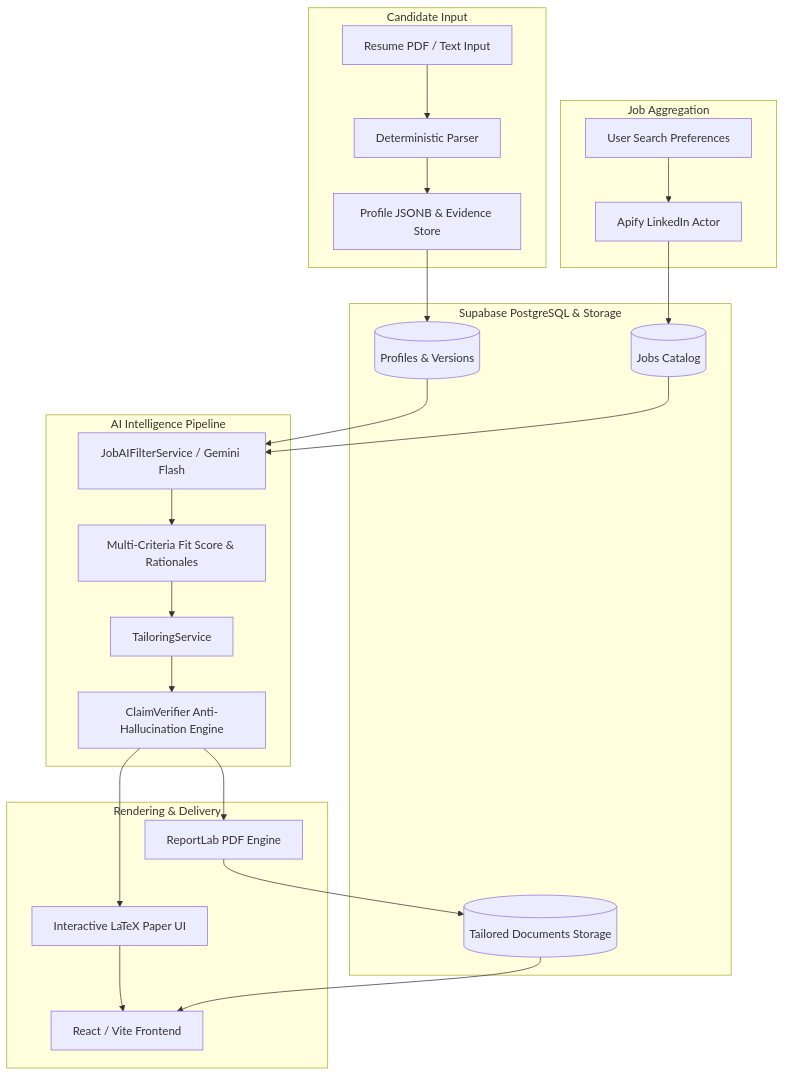
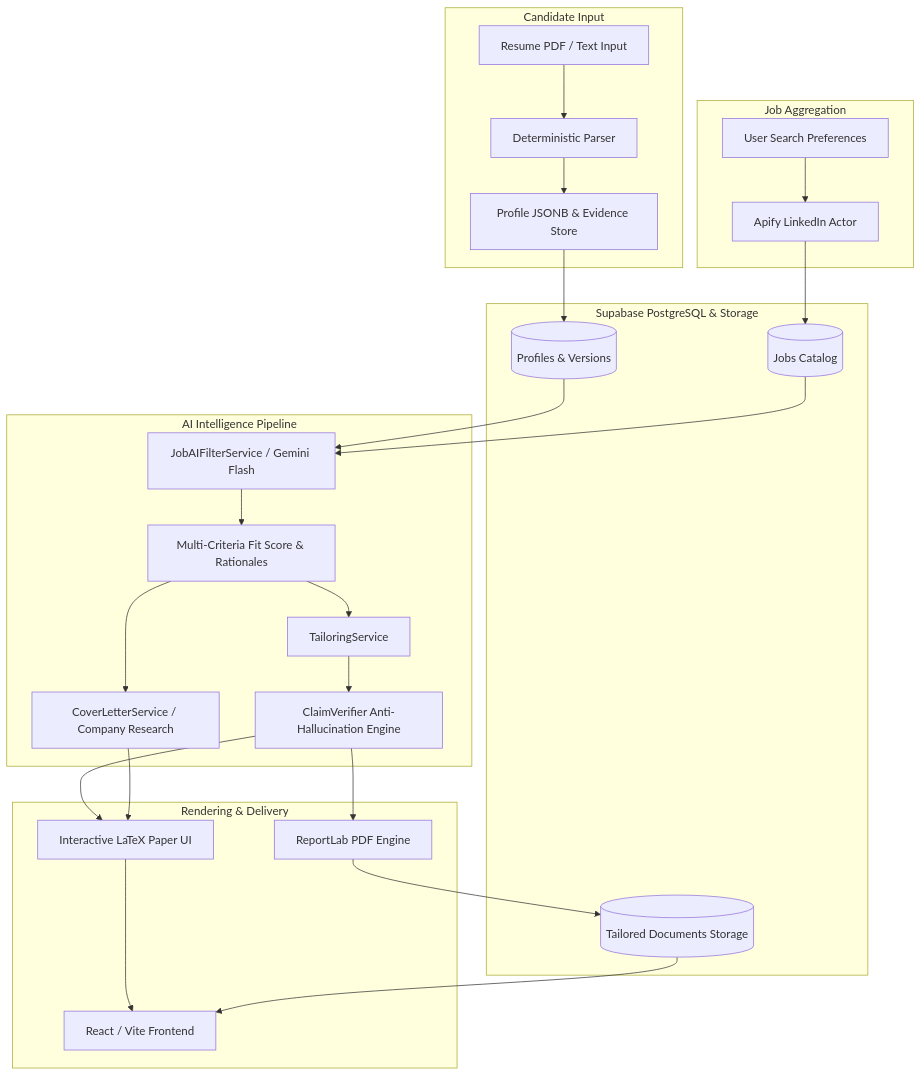
One commit to Mahmoud2592004/JobFit changed the diagram in README.md. Above: the diagram before and after it, drawn with Mermaid. The commit also changed other lines of this file and 14 other files, not shown here.

Commit message:
Cover letter writing

````diff
--- a/README.md
+++ b/README.md
@@ -109,34 +110,36 @@
 ```mermaid
 flowchart TD
     subgraph Candidate Input
         A[Resume PDF / Text Input] --> B[Deterministic Parser]
         B --> C[Profile JSONB & Evidence Store]
     end
 
     subgraph Data & Storage [Supabase PostgreSQL & Storage]
         C --> D[(Profiles & Versions)]
         L[(Jobs Catalog)]
         T[(Tailored Documents Storage)]
     end
 
     subgraph Job Aggregation
         E[User Search Preferences] --> F[Apify LinkedIn Actor]
         F --> L
     end
 
     subgraph AI Intelligence Pipeline
         D --> G[JobAIFilterService / Gemini Flash]
         L --> G
         G --> H[Multi-Criteria Fit Score & Rationales]
         H --> I[TailoringService]
+        H --> CL[CoverLetterService / Company Research]
         I --> J[ClaimVerifier Anti-Hallucination Engine]
     end
 
     subgraph Rendering & Delivery
         J --> K1[Interactive LaTeX Paper UI]
+        CL --> K1
         J --> K2[ReportLab PDF Engine]
         K2 --> T
         K1 --> M[React / Vite Frontend]
         T --> M
     end
 ```
````
